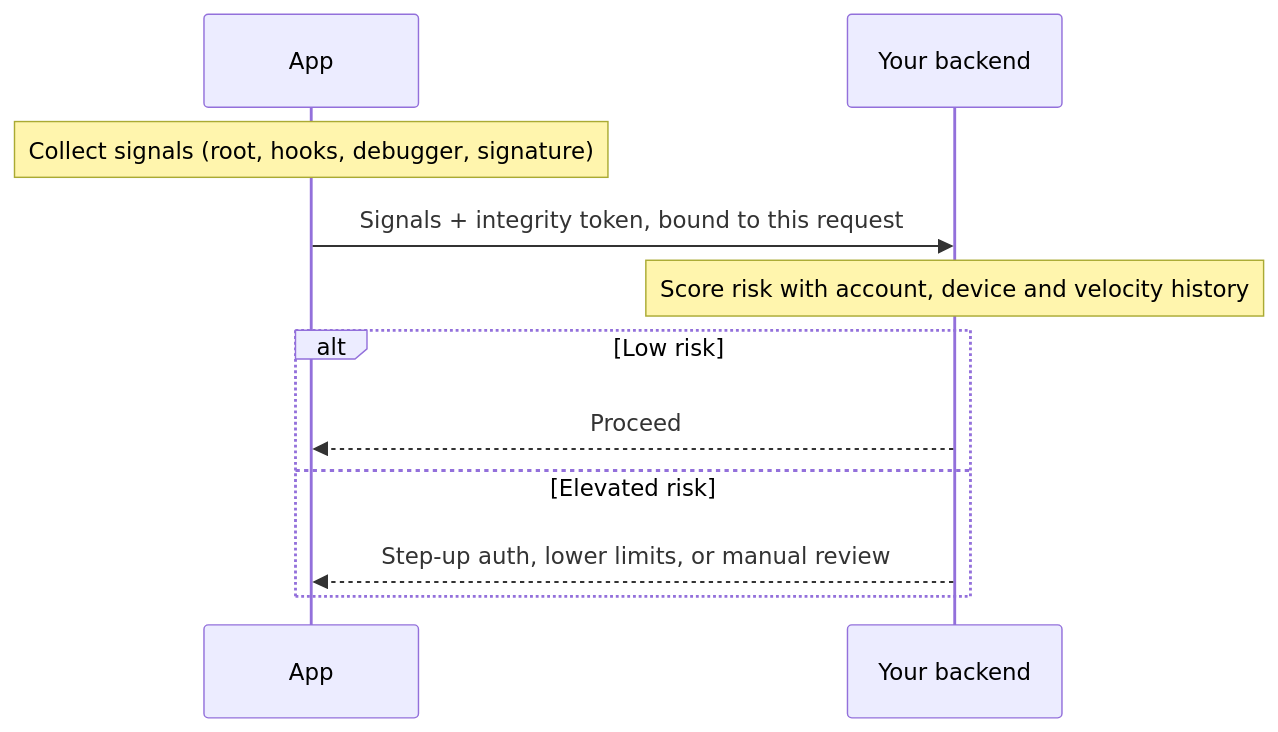
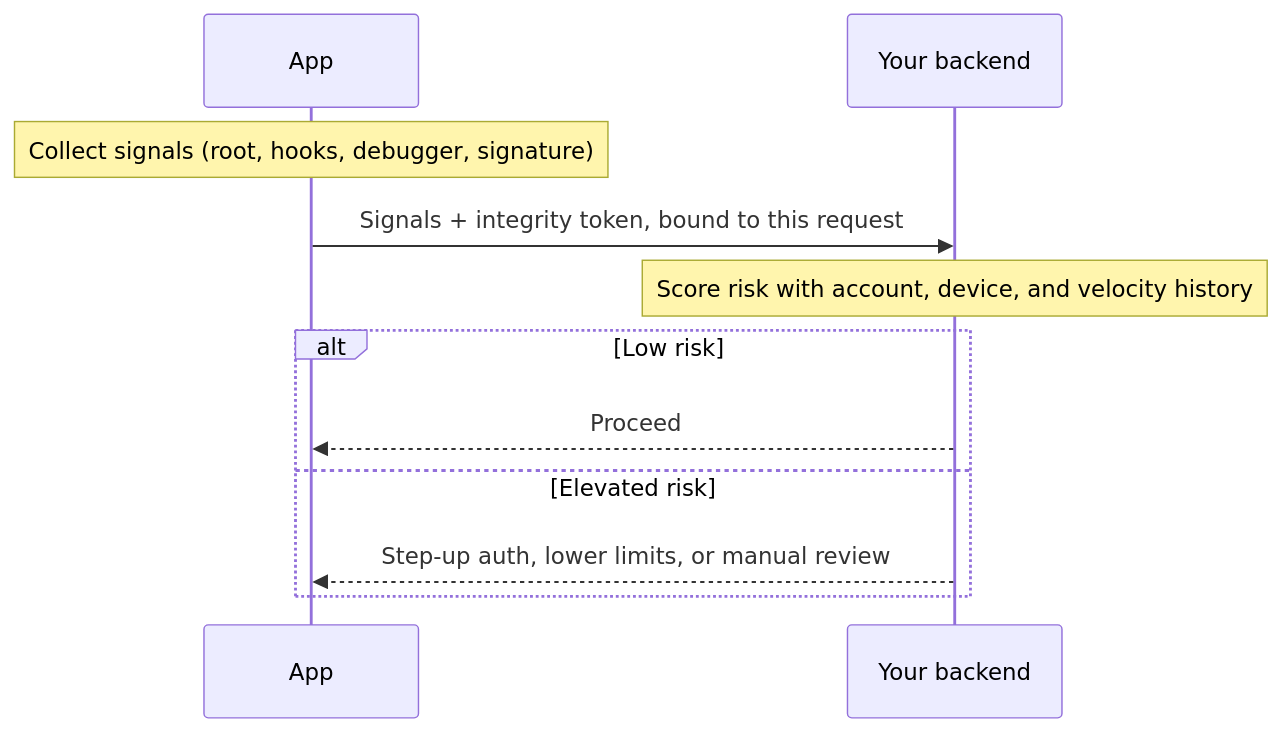
The second of 2 diagrams in book/05-resilience.md (hossam9k/mobile-app-security), drawn with Mermaid before and after one commit. The commit also changed other lines of this file and 51 other files, not shown here.

````diff
--- a/book/05-resilience.md
+++ b/book/05-resilience.md
@@ -151,13 +151,13 @@
 ```mermaid
 sequenceDiagram
     participant App
     participant API as Your backend
     Note over App: Collect signals (root, hooks, debugger, signature)
     App->>API: Signals + integrity token, bound to this request
-    Note over API: Score risk with account, device and velocity history
+    Note over API: Score risk with account, device, and velocity history
     alt Low risk
         API-->>App: Proceed
     else Elevated risk
         API-->>App: Step-up auth, lower limits, or manual review
     end
 ```
````
